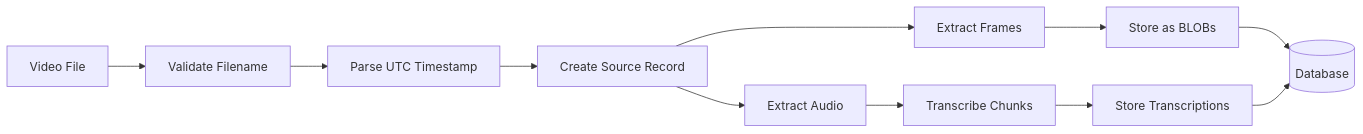
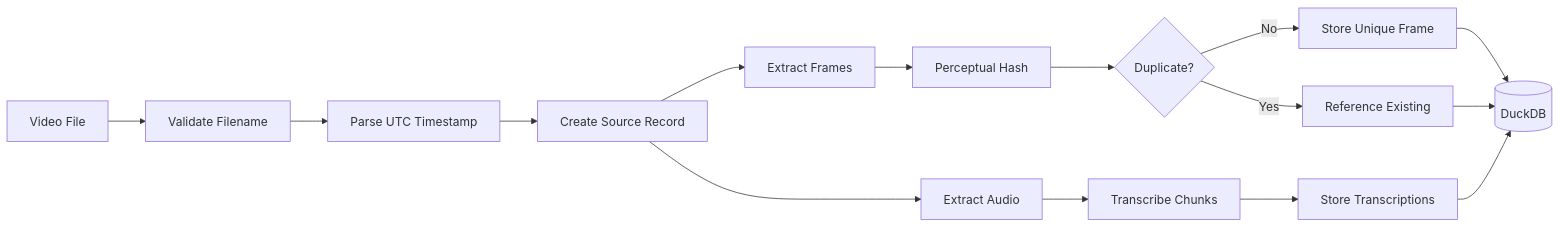
The second of 2 diagrams in docs/ARCHITECTURE.md (sdelcore/mem), drawn with Mermaid before and after one commit. The commit also changed other lines of this file and 39 other files, not shown here.

````diff
--- a/docs/ARCHITECTURE.md
+++ b/docs/ARCHITECTURE.md
@@ -39,13 +79,17 @@
 ```mermaid
 graph LR
     A[Video File] --> B[Validate Filename]
     B --> C[Parse UTC Timestamp]
     C --> D[Create Source Record]
     D --> E[Extract Frames]
     D --> F[Extract Audio]
-    E --> G[Store as BLOBs]
-    F --> H[Transcribe Chunks]
-    H --> I[Store Transcriptions]
-    G --> J[(Database)]
-    I --> J
+    E --> G[Perceptual Hash]
+    G --> H{Duplicate?}
+    H -->|No| I[Store Unique Frame]
+    H -->|Yes| J[Reference Existing]
+    F --> K[Transcribe Chunks]
+    K --> L[Store Transcriptions]
+    I --> M[(DuckDB)]
+    J --> M
+    L --> M
 ```
````
